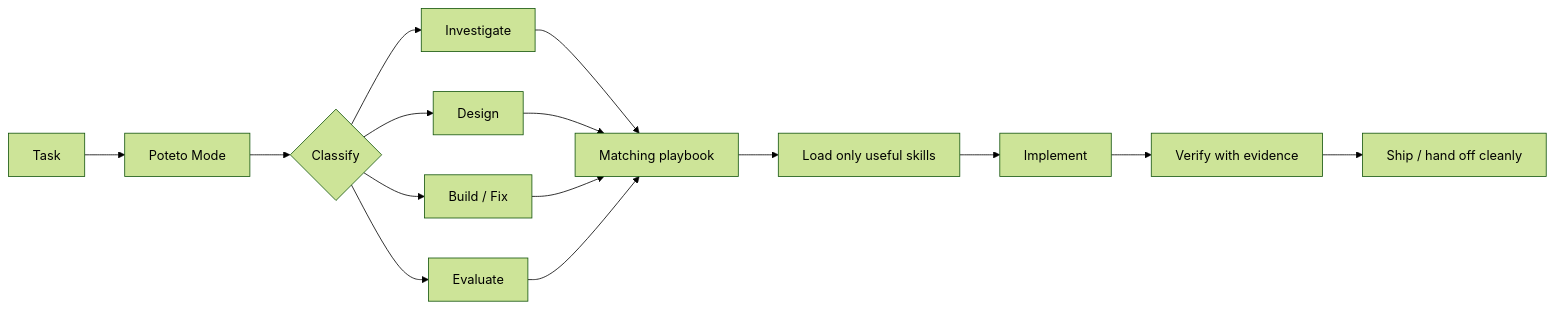
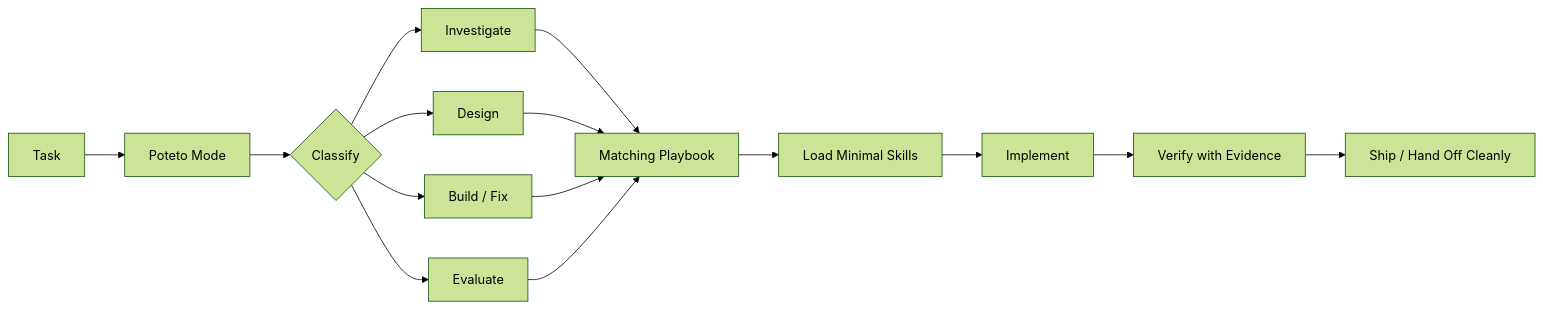
Before and after one commit to TheOnlyFusionCube/potetos-for-everyone: the diagram in README.md, drawn with Mermaid (forest theme). The commit also changed other lines of this file and 2 other files, not shown here.

Commit message:
docs(seo): add rich metadata, keywords, playbooks/principles tables, and schema markup

````diff
--- a/README.md
+++ b/README.md
@@ -101,17 +105,17 @@
 ```mermaid
 flowchart LR
     A[Task] --> B[Poteto Mode]
     B --> C{Classify}
     C --> D[Investigate]
     C --> E[Design]
     C --> F[Build / Fix]
     C --> G[Evaluate]
-    D --> H[Matching playbook]
+    D --> H[Matching Playbook]
     E --> H
     F --> H
     G --> H
-    H --> I[Load only useful skills]
+    H --> I[Load Minimal Skills]
     I --> J[Implement]
-    J --> K[Verify with evidence]
-    K --> L[Ship / hand off cleanly]
+    J --> K[Verify with Evidence]
+    K --> L[Ship / Hand Off Cleanly]
 ```
````
